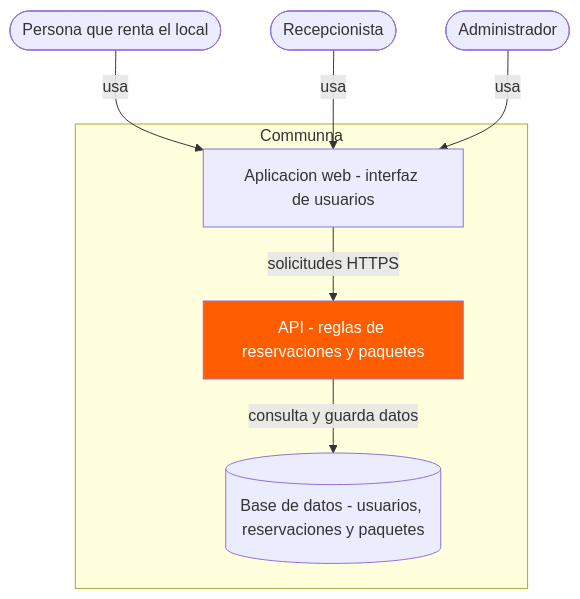
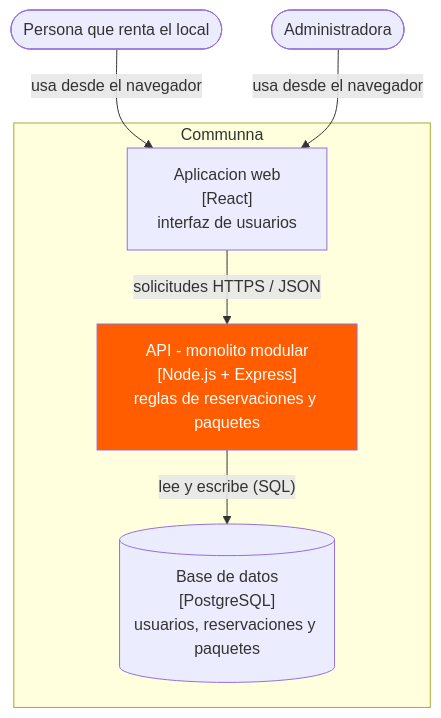
The second of 8 diagrams in docs/arch/diagramas_communna.md (jimemogo20/Sistema-admin.-communa), drawn with Mermaid before and after one commit. The commit also changed other lines of this file, not shown here.

````diff
--- a/docs/arch/diagramas_communna.md
+++ b/docs/arch/diagramas_communna.md
@@ -43,20 +41,18 @@
 ```mermaid
 flowchart TD
     persona([Persona que renta el local])
-    recep([Recepcionista])
-    admin([Administrador])
+    admin([Administradora])
 
     subgraph communna[Communna]
-        web[Aplicacion web - interfaz de usuarios]
-        api[API - reglas de reservaciones y paquetes]
-        bd[(Base de datos - usuarios, reservaciones y paquetes)]
+        web["Aplicacion web<br/>[React]<br/>interfaz de usuarios"]
+        api["API - monolito modular<br/>[Node.js + Express]<br/>reglas de reservaciones y paquetes"]
+        bd[("Base de datos<br/>[PostgreSQL]<br/>usuarios, reservaciones y paquetes")]
     end
 
-    persona -->|usa| web
-    recep -->|usa| web
-    admin -->|usa| web
-    web -->|solicitudes HTTPS| api
-    api -->|consulta y guarda datos| bd
+    persona -->|usa desde el navegador| web
+    admin -->|usa desde el navegador| web
+    web -->|"solicitudes HTTPS / JSON"| api
+    api -->|"lee y escribe (SQL)"| bd
 
     style api fill:#ff5d00,color:#fff
 ```
````
